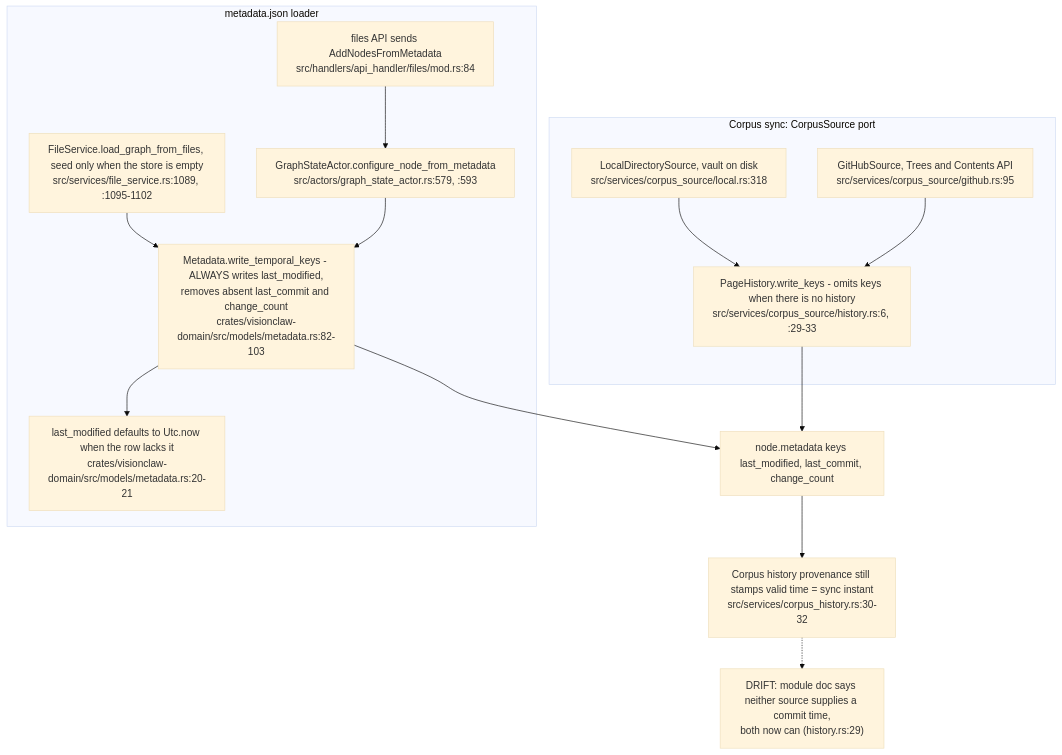
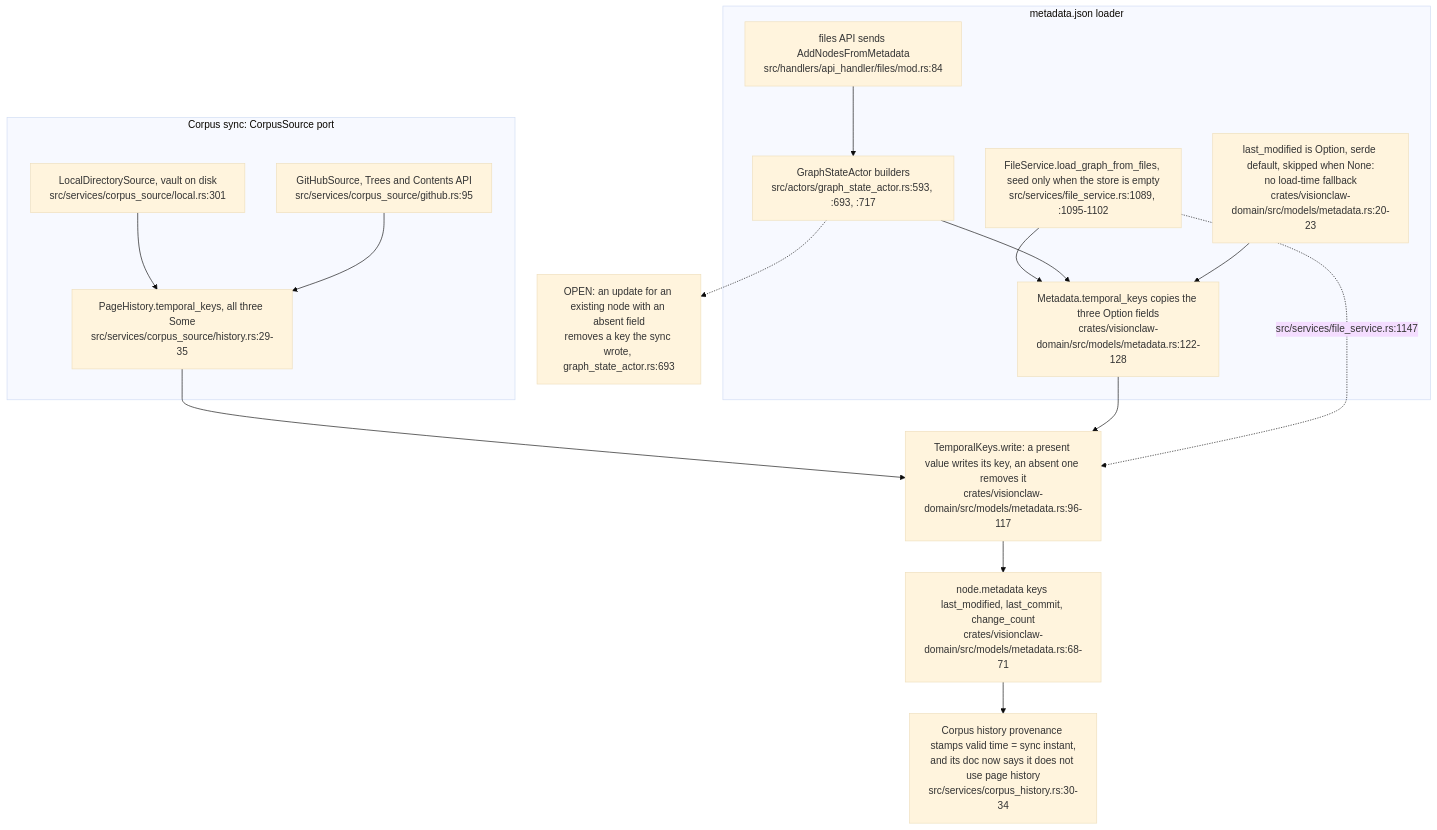
The seventh of 7 diagrams in docs/diagrams/visionclaw/21-corpus-ingest-and-vault.md (DreamLab-AI/VisionFlow), drawn with Mermaid (base theme) before and after one commit. The commit also changed other lines of this file and 46 other files, not shown here.

Commit message:
docs(diagrams): re-verify VisionClaw topics at 809a859aa/a950f4d80 after the consolidation pass

````diff
--- a/docs/diagrams/visionclaw/21-corpus-ingest-and-vault.md
+++ b/docs/diagrams/visionclaw/21-corpus-ingest-and-vault.md
@@ -304,21 +309,23 @@
 ```mermaid
 flowchart TB
     subgraph CS["Corpus sync: CorpusSource port"]
-        LOC["LocalDirectorySource, vault on disk<br/>src/services/corpus_source/local.rs:318"]
+        LOC["LocalDirectorySource, vault on disk<br/>src/services/corpus_source/local.rs:301"]
         GHS["GitHubSource, Trees and Contents API<br/>src/services/corpus_source/github.rs:95"]
-        LOC --> PW["PageHistory.write_keys - omits keys when there is no history<br/>src/services/corpus_source/history.rs:6, :29-33"]
-        GHS --> PW
+        LOC --> PH["PageHistory.temporal_keys, all three Some<br/>src/services/corpus_source/history.rs:29-35"]
+        GHS --> PH
     end
     subgraph MJ["metadata.json loader"]
         SEED["FileService.load_graph_from_files, seed only when the store is empty<br/>src/services/file_service.rs:1089, :1095-1102"]
         API["files API sends AddNodesFromMetadata<br/>src/handlers/api_handler/files/mod.rs:84"]
-        API --> ACT["GraphStateActor.configure_node_from_metadata<br/>src/actors/graph_state_actor.rs:579, :593"]
-        SEED --> MW["Metadata.write_temporal_keys - ALWAYS writes last_modified,<br/>removes absent last_commit and change_count<br/>crates/visionclaw-domain/src/models/metadata.rs:82-103"]
-        ACT --> MW
-        MW --> NOW["last_modified defaults to Utc.now when the row lacks it<br/>crates/visionclaw-domain/src/models/metadata.rs:20-21"]
+        API --> ACT["GraphStateActor builders<br/>src/actors/graph_state_actor.rs:593, :693, :717"]
+        SEED --> MK["Metadata.temporal_keys copies the three Option fields<br/>crates/visionclaw-domain/src/models/metadata.rs:122-128"]
+        ACT --> MK
+        OPT["last_modified is Option, serde default, skipped when None:<br/>no load-time fallback<br/>crates/visionclaw-domain/src/models/metadata.rs:20-23"] --> MK
     end
-    PW --> NODE["node.metadata keys last_modified, last_commit, change_count"]
-    MW --> NODE
-    NODE --> PROV["Corpus history provenance still stamps valid time = sync instant<br/>src/services/corpus_history.rs:30-32"]
-    PROV -.-> DRIFT["DRIFT: module doc says neither source supplies a commit time,<br/>both now can (history.rs:29)"]
+    PH --> TW["TemporalKeys.write: a present value writes its key, an absent one removes it<br/>crates/visionclaw-domain/src/models/metadata.rs:96-117"]
+    MK --> TW
+    SEED -.->|"src/services/file_service.rs:1147"| TW
+    TW --> NODE["node.metadata keys last_modified, last_commit, change_count<br/>crates/visionclaw-domain/src/models/metadata.rs:68-71"]
+    NODE --> PROV["Corpus history provenance stamps valid time = sync instant,<br/>and its doc now says it does not use page history<br/>src/services/corpus_history.rs:30-34"]
+    ACT -.-> OPEN["OPEN: an update for an existing node with an absent field<br/>removes a key the sync wrote, graph_state_actor.rs:693"]
 ```
````
